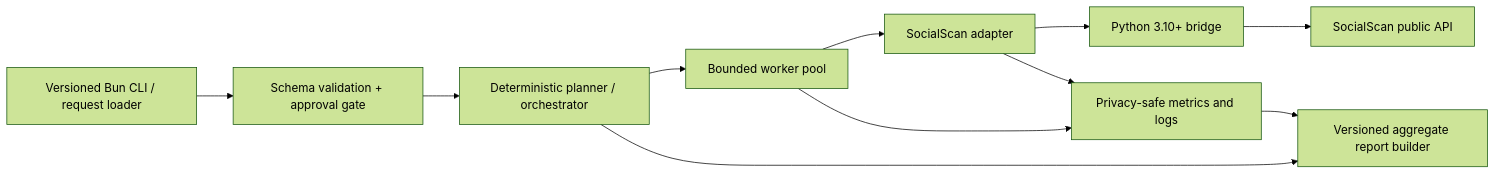
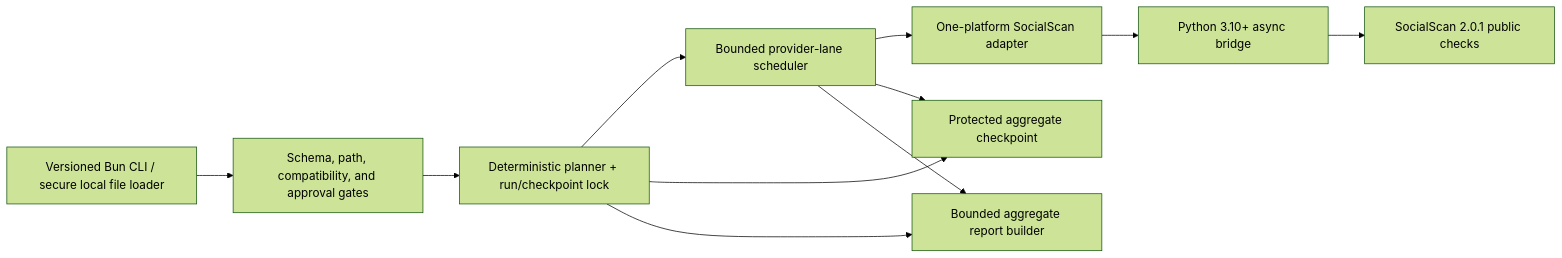
The diagram in docs/agent/architecture.md (Smidjehoien/void-language), drawn with Mermaid (forest theme) before and after one commit. The commit also changed other lines of this file and 4 other files, not shown here.

````diff
--- a/docs/agent/architecture.md
+++ b/docs/agent/architecture.md
@@ -9,19 +9,19 @@
 ```mermaid
 flowchart LR
-    CLI[Versioned Bun CLI / request loader]
-    V[Schema validation + approval gate]
-    P[Deterministic planner / orchestrator]
-    Q[Bounded worker pool]
-    A[SocialScan adapter]
-    B[Python 3.10+ bridge]
-    S[SocialScan public API]
-    M[Privacy-safe metrics and logs]
-    R[Versioned aggregate report builder]
+    CLI[Versioned Bun CLI / secure local file loader]
+    V[Schema, path, compatibility, and approval gates]
+    P[Deterministic planner + run/checkpoint lock]
+    Q[Bounded provider-lane scheduler]
+    A[One-platform SocialScan adapter]
+    B[Python 3.10+ async bridge]
+    S[SocialScan 2.0.1 public checks]
+    C[Protected aggregate checkpoint]
+    R[Bounded aggregate report builder]
 
     CLI --> V --> P --> Q
     Q --> A --> B --> S
-    Q --> M
-    A --> M
+    P --> C
+    Q --> C
     P --> R
-    M --> R
+    Q --> R
 ```
````
